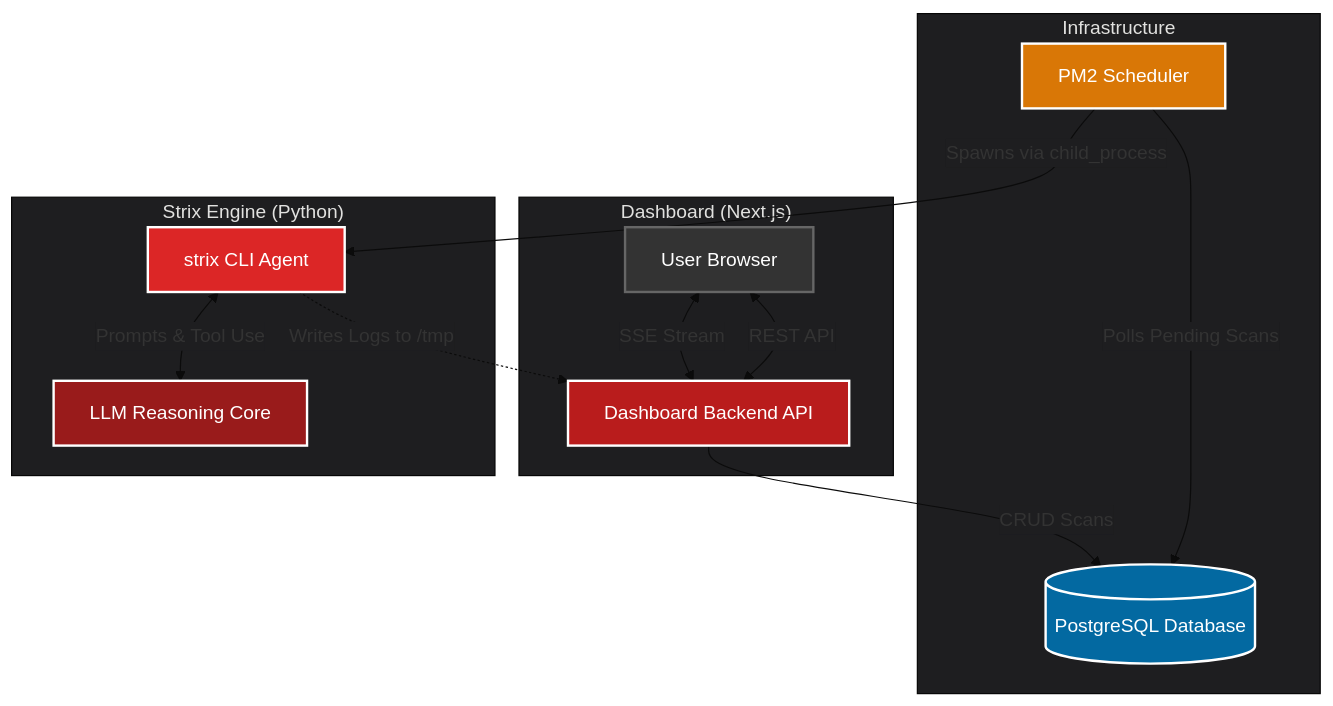
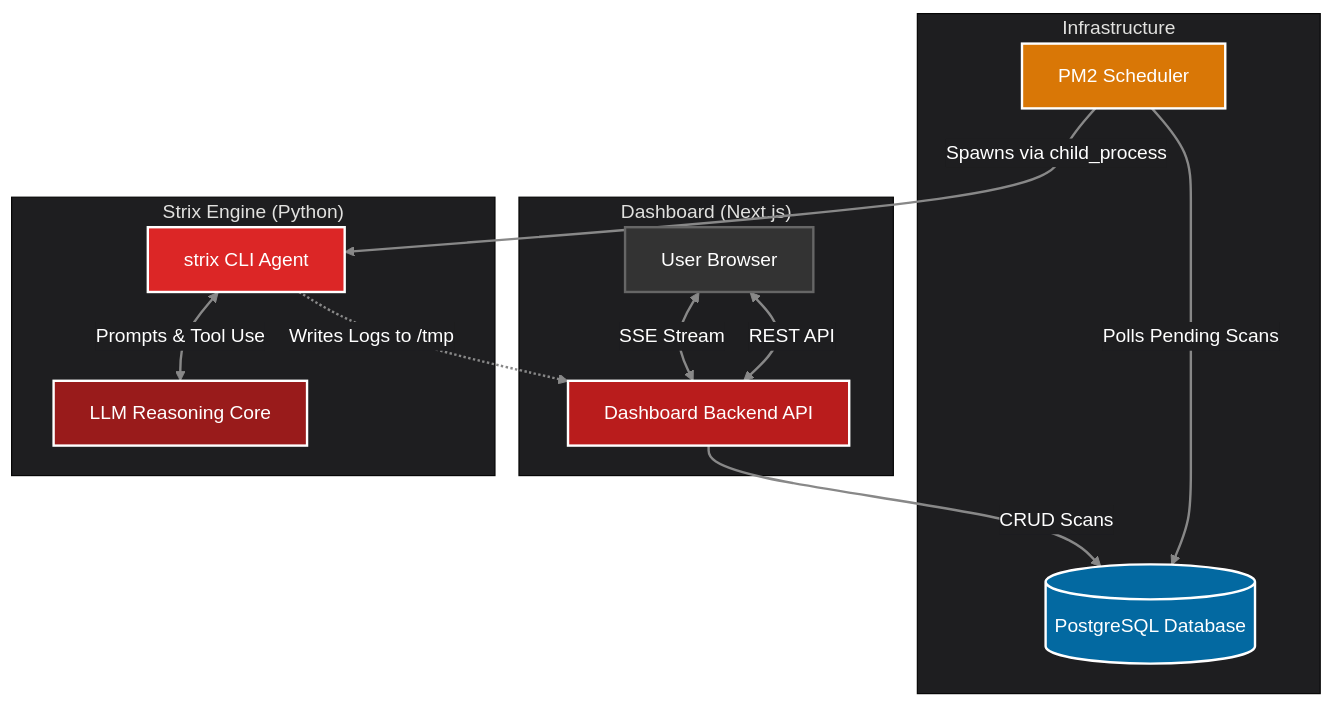
One commit to Ahmadd018/projectstrix changed the diagram in docs/architecture/system-overview.md. Above: the diagram before and after it, drawn with Mermaid.

Commit message:
UI: Fix Mermaid diagram edge text and arrow colors to be visible on dark themes

````diff
--- a/docs/architecture/system-overview.md
+++ b/docs/architecture/system-overview.md
@@ -13,33 +13,35 @@
 ```mermaid
 %%{init: {'theme': 'base', 'themeVariables': { 'primaryColor': '#dc2626', 'edgeLabelBackground':'#1e1e20', 'tertiaryColor': '#1e1e20'}}}%%
 graph TD
     subgraph UI["Dashboard (Next.js)"]
         A[User Browser]
         B[Dashboard Backend API]
         A <-->|SSE Stream| B
         A <-->|REST API| B
     end
 
     subgraph Infra["Infrastructure"]
         E[(PostgreSQL Database)]
         F[PM2 Scheduler]
     end
 
     subgraph Core["Strix Engine (Python)"]
         C[strix CLI Agent]
         D[LLM Reasoning Core]
         C <-->|Prompts & Tool Use| D
     end
 
     B -->|CRUD Scans| E
     F -->|Polls Pending Scans| E
     F -->|Spawns via child_process| C
     C -.->|Writes Logs to /tmp| B
     
     style A fill:#333,stroke:#666,stroke-width:2px,color:#fff
     style B fill:#b91c1c,stroke:#fff,stroke-width:2px,color:#fff
     style C fill:#dc2626,stroke:#fff,stroke-width:2px,color:#fff
     style D fill:#991b1b,stroke:#fff,stroke-width:2px,color:#fff
     style E fill:#0369a1,stroke:#fff,stroke-width:2px,color:#fff
     style F fill:#d97706,stroke:#fff,stroke-width:2px,color:#fff
+    
+    linkStyle default stroke:#888,stroke-width:2px,color:#fff
 ```
````
